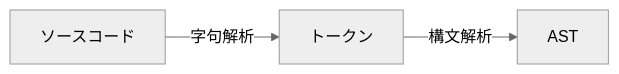
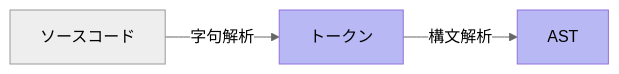
The diagram in slides/pages/11.what-parse.md (ren-yamanashi/2025-05-24_ts_kaigi), drawn with Mermaid (neutral theme) before and after one commit. The commit also changed other lines of this file and 3 other files, not shown here.

````diff
--- a/slides/pages/11.what-parse.md
+++ b/slides/pages/11.what-parse.md
@@ -15,5 +29,9 @@
 ```mermaid
 flowchart LR
 
 ソースコード --字句解析--> トークン --構文解析--> AST
+
+classDef hover fill:#b8b8f5,color:#eeeee,stroke:#9370DB
+class トークン hover
+class AST hover
 ```
````
